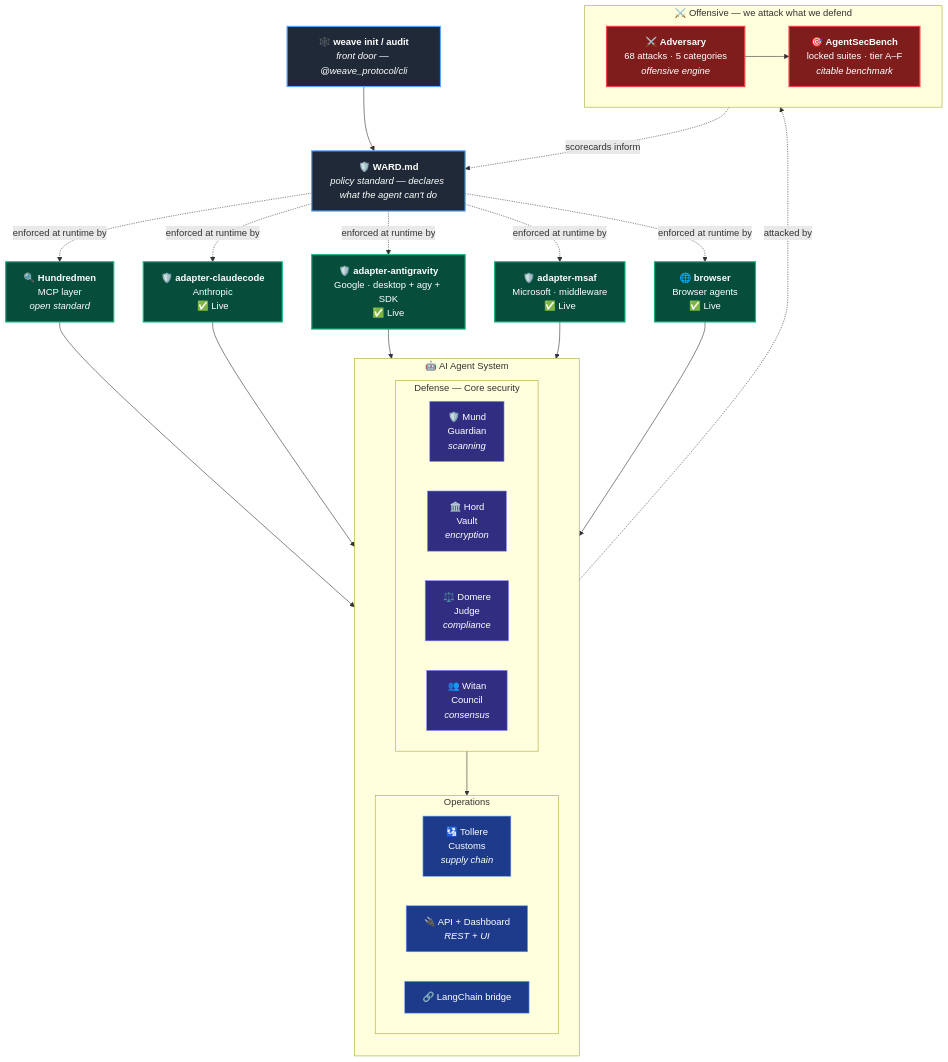
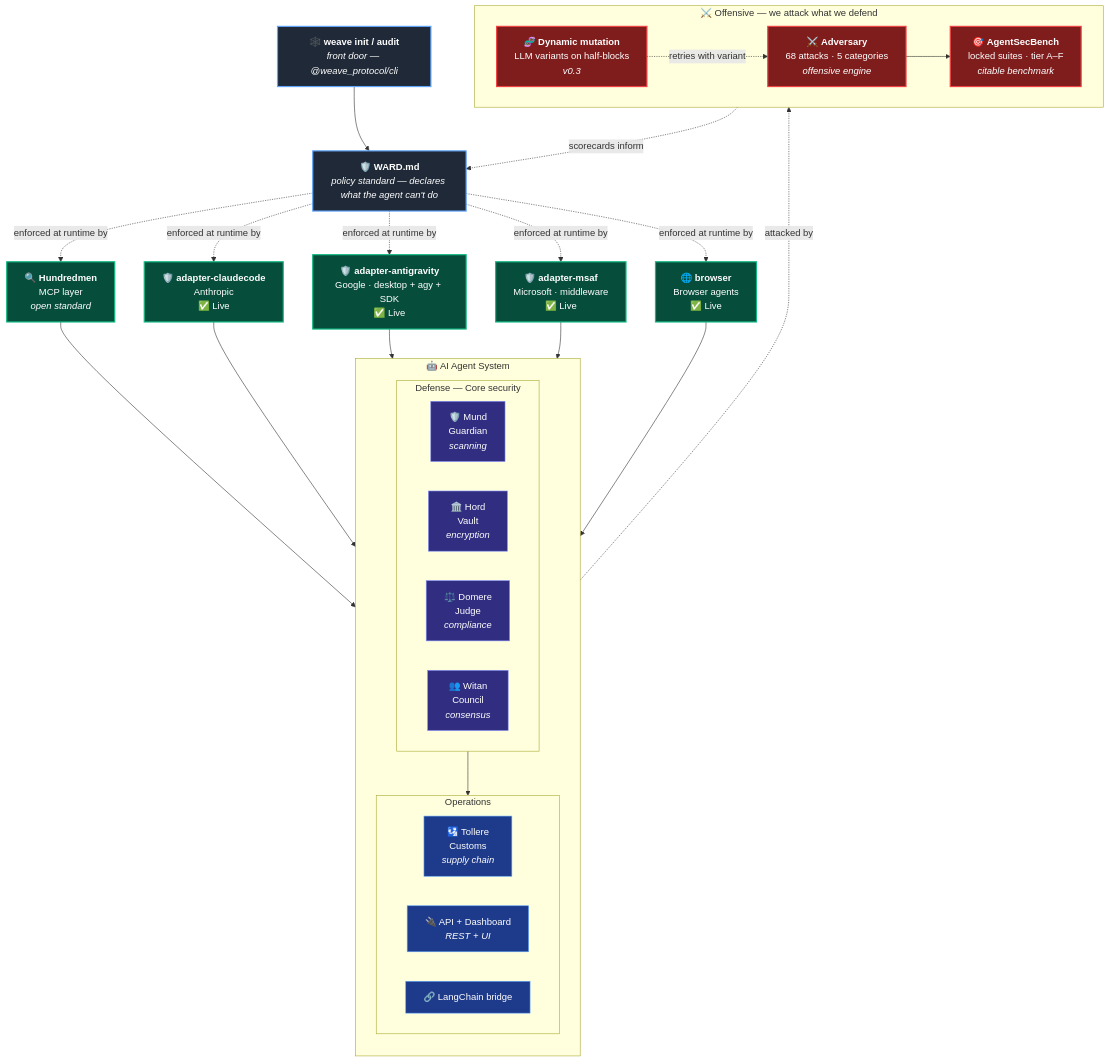
The diagram in README.md (Tyox-all/Weave_Protocol), drawn with Mermaid before and after one commit. The commit also changed other lines of this file and 1 other file, not shown here.

First line of the commit message:
docs: root README + architecture diagram for Adversary v0.3; add packages to publish.yml

````diff
--- a/README.md
+++ b/README.md
@@ -580,64 +586,66 @@
 ```mermaid
 flowchart TD
     CLI["🕸️ <b>weave init / audit</b><br/><i>front door — @weave_protocol/cli</i>"]
     WARD["🛡️ <b>WARD.md</b><br/><i>policy standard — declares what the agent can't do</i>"]
     CLI --> WARD
 
     WARD -.->|enforced at runtime by| HM
     WARD -.->|enforced at runtime by| CC
     WARD -.->|enforced at runtime by| AG
     WARD -.->|enforced at runtime by| MSAF
     WARD -.->|enforced at runtime by| BR
 
     HM["🔍 <b>Hundredmen</b><br/>MCP layer<br/><i>open standard</i>"]
     CC["🛡️ <b>adapter-claudecode</b><br/>Anthropic<br/>✅ Live"]
     AG["🛡️ <b>adapter-antigravity</b><br/>Google · desktop + agy + SDK<br/>✅ Live"]
     MSAF["🛡️ <b>adapter-msaf</b><br/>Microsoft · middleware<br/>✅ Live"]
     BR["🌐 <b>browser</b><br/>Browser agents<br/>✅ Live"]
 
     HM --> AGENT
     CC --> AGENT
     AG --> AGENT
     MSAF --> AGENT
     BR --> AGENT
 
     subgraph AGENT["🤖 AI Agent System"]
         direction TB
         subgraph CORE["Defense — Core security"]
             direction LR
             MUND["🛡️ Mund<br/>Guardian<br/><i>scanning</i>"]
             HORD["🏛️ Hord<br/>Vault<br/><i>encryption</i>"]
             DOMERE["⚖️ Domere<br/>Judge<br/><i>compliance</i>"]
             WITAN["👥 Witan<br/>Council<br/><i>consensus</i>"]
         end
         subgraph OPS["Operations"]
             direction LR
             TOLLERE["🛂 Tollere<br/>Customs<br/><i>supply chain</i>"]
             API["🔌 API + Dashboard<br/><i>REST + UI</i>"]
             LC["🔗 LangChain bridge"]
         end
         CORE --> OPS
     end
 
     subgraph OFFENSIVE["⚔️ Offensive — we attack what we defend"]
         direction LR
+        MUT["🧬 <b>Dynamic mutation</b><br/>LLM variants on half-blocks<br/><i>v0.3</i>"]
         ADV["⚔️ <b>Adversary</b><br/>68 attacks · 5 categories<br/><i>offensive engine</i>"]
+        MUT -.->|retries with variant| ADV
         ASB["🎯 <b>AgentSecBench</b><br/>locked suites · tier A–F<br/><i>citable benchmark</i>"]
         ADV --> ASB
     end
 
     AGENT -.->|attacked by| OFFENSIVE
     OFFENSIVE -.->|scorecards inform| WARD
 
     classDef policy fill:#1f2937,stroke:#60a5fa,stroke-width:2px,color:#fff
     classDef enforcer fill:#064e3b,stroke:#10b981,stroke-width:2px,color:#fff
     classDef core fill:#312e81,stroke:#818cf8,stroke-width:1px,color:#fff
     classDef ops fill:#1e3a8a,stroke:#60a5fa,stroke-width:1px,color:#fff
     classDef offensive fill:#7f1d1d,stroke:#ef4444,stroke-width:2px,color:#fff
 
     class CLI,WARD policy
     class HM,CC,AG,MSAF,BR enforcer
     class MUND,HORD,DOMERE,WITAN core
     class TOLLERE,API,LC ops
-    class ADV,ASB offensive
+    class ADV,ASB,MUT offensive
 ```
````
